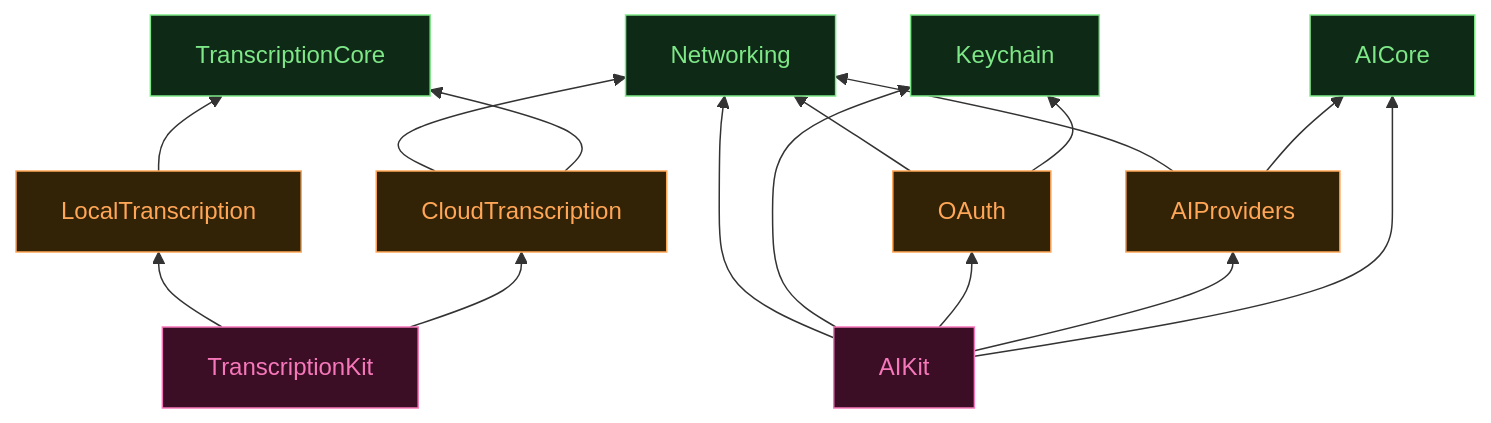
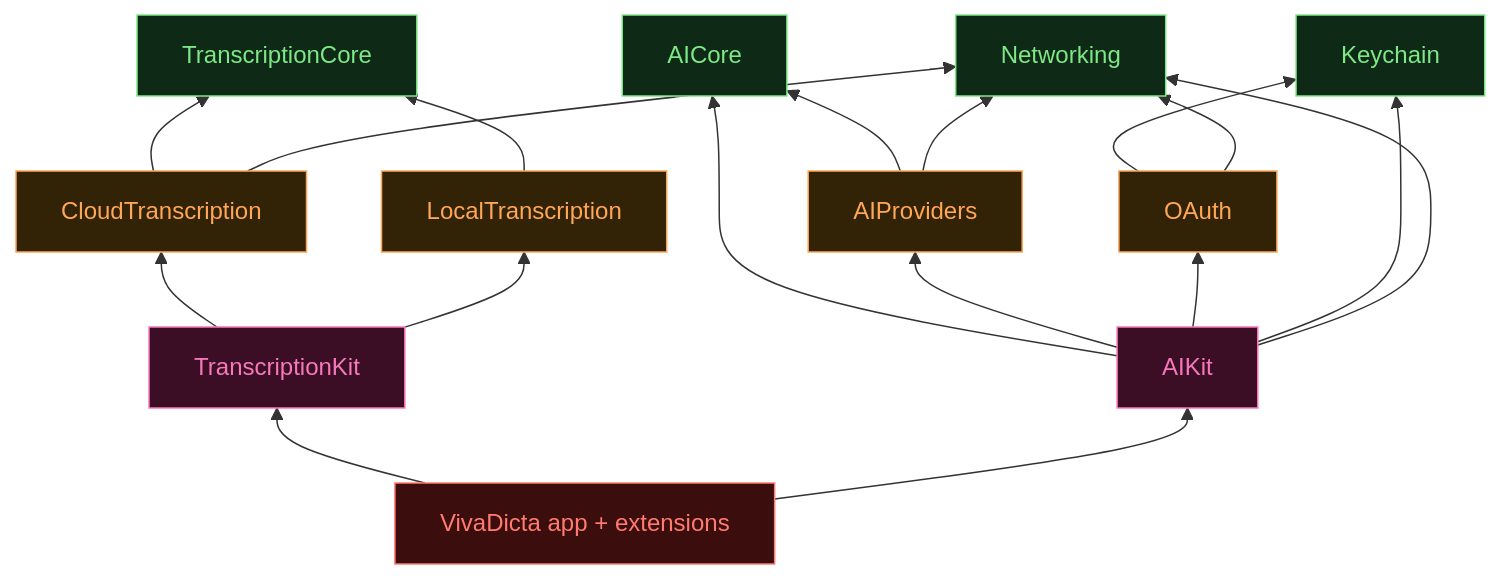
One commit to n0an/VivaDicta changed the second of 4 diagrams in README.md. Above: the diagram before and after it, drawn with Mermaid. The commit also changed other lines of this file and 1 other file, not shown here.

Commit message:
Show the app (composition root) in the module dependency graphs
Restore the app node to the README + Module-Architecture dependency
graphs, connected only to its two orchestrators (TranscriptionKit,
AIKit) - its primary composition entry points into each stack. The
app's direct deps on the infra/leaf modules stay omitted (noted in
prose) so the two domain stacks remain legible.

````diff
--- a/README.md
+++ b/README.md
@@ -160,34 +160,40 @@
 ```mermaid
 graph BT
   classDef core fill:#0e2a16,stroke:#7ee787,color:#7ee787
   classDef adapter fill:#332306,stroke:#ffa657,color:#ffa657
   classDef orchestrator fill:#3b0e26,stroke:#f778ba,color:#f778ba
+  classDef app fill:#3b0d0d,stroke:#ff7b72,color:#ff7b72
 
   Networking[Networking]:::core
   Keychain[Keychain]:::core
   AICore[AICore]:::core
   TranscriptionCore[TranscriptionCore]:::core
 
   OAuth[OAuth]:::adapter
   AIProviders[AIProviders]:::adapter
   CloudTranscription[CloudTranscription]:::adapter
   LocalTranscription[LocalTranscription]:::adapter
 
   TranscriptionKit[TranscriptionKit]:::orchestrator
   AIKit[AIKit]:::orchestrator
+
+  App["VivaDicta app + extensions"]:::app
 
   OAuth --> Keychain
   OAuth --> Networking
   AIProviders --> AICore
   AIProviders --> Networking
   CloudTranscription --> TranscriptionCore
   CloudTranscription --> Networking
   LocalTranscription --> TranscriptionCore
   TranscriptionKit --> CloudTranscription
   TranscriptionKit --> LocalTranscription
   AIKit --> AICore
   AIKit --> AIProviders
   AIKit --> OAuth
   AIKit --> Keychain
   AIKit --> Networking
+
+  App --> TranscriptionKit
+  App --> AIKit
 ```
````
